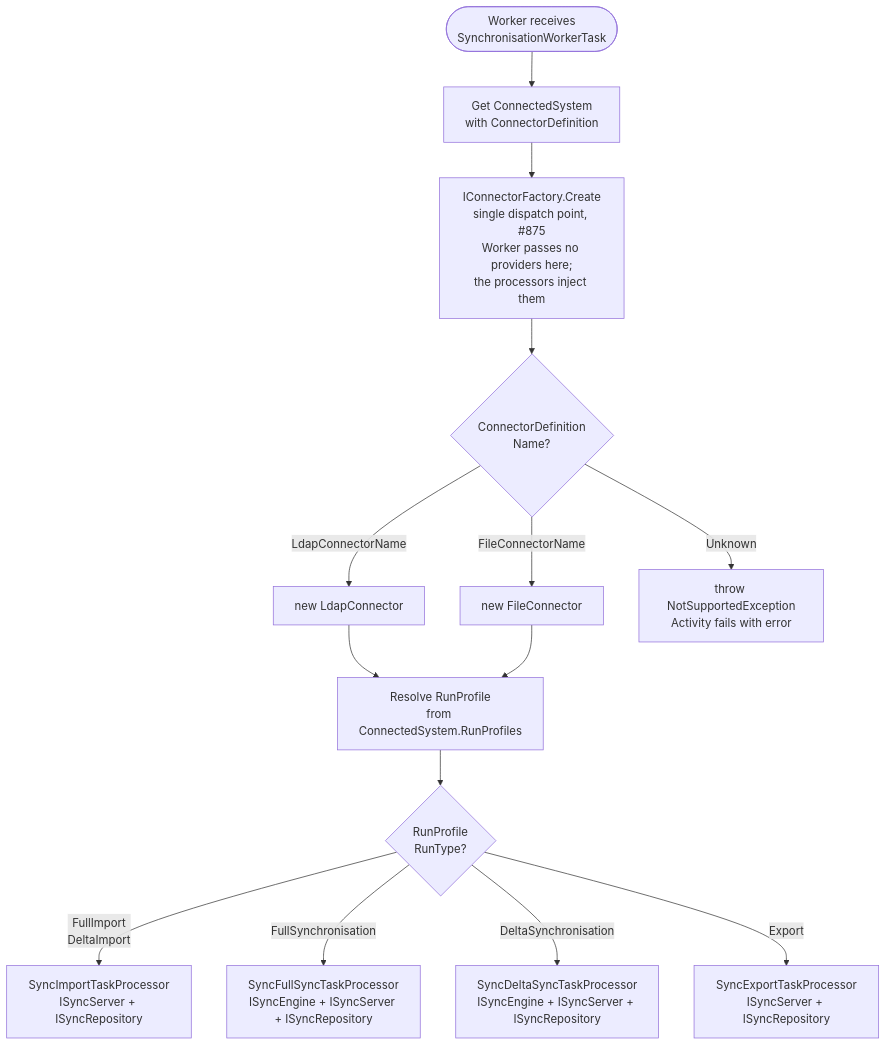
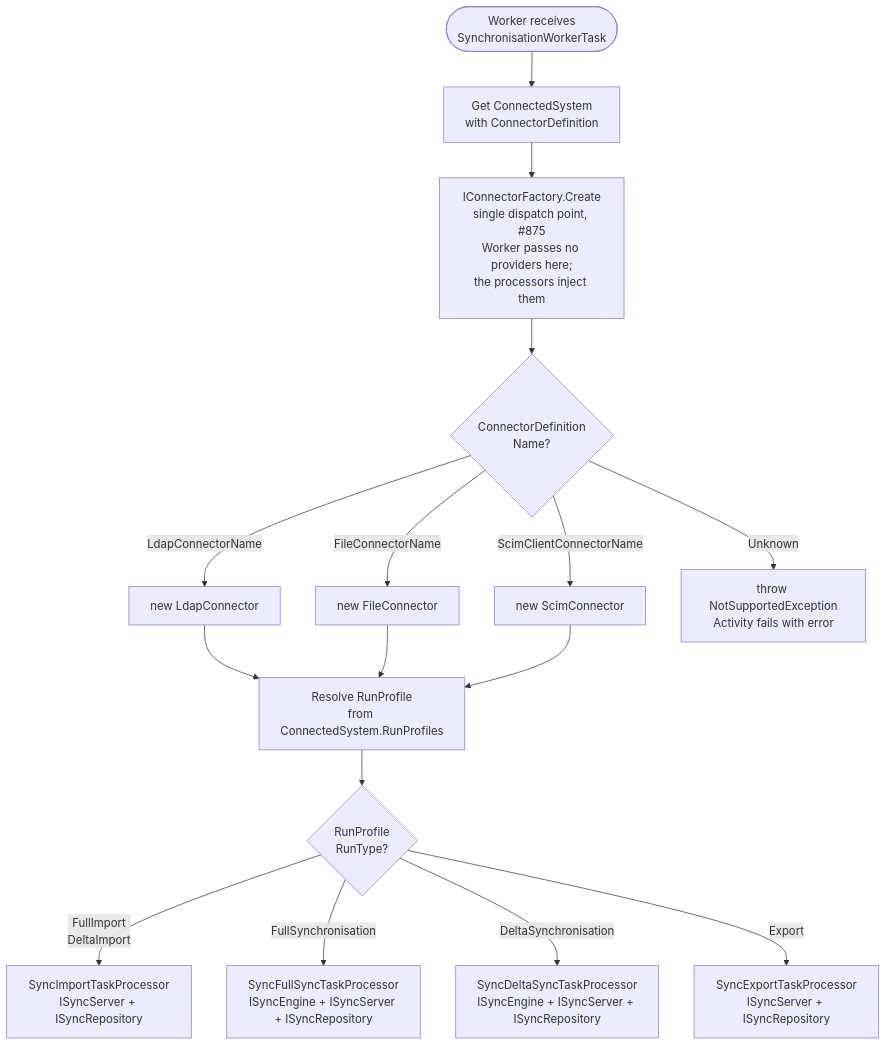
Before and after one commit to TetronIO/JIM: the second of 5 diagrams in docs/developer/diagrams/CONNECTOR_LIFECYCLE.md, drawn with Mermaid. The commit also changed 10 other files, not shown here.

First line of the commit message:
docs: show the SCIM 2.0 Connector as shipped in the architecture diagrams

````diff
--- a/docs/developer/diagrams/CONNECTOR_LIFECYCLE.md
+++ b/docs/developer/diagrams/CONNECTOR_LIFECYCLE.md
@@ -29,19 +29,21 @@
 ```mermaid
 flowchart TD
     TaskStart([Worker receives<br/>SynchronisationWorkerTask]) --> GetCS[Get ConnectedSystem<br/>with ConnectorDefinition]
     GetCS --> Factory[IConnectorFactory.Create<br/>single dispatch point, #875<br/>Worker passes no providers here;<br/>the processors inject them]
     Factory --> MatchName{ConnectorDefinition<br/>Name?}
 
     MatchName -->|LdapConnectorName| CreateLdap[new LdapConnector]
     MatchName -->|FileConnectorName| CreateFile[new FileConnector]
+    MatchName -->|ScimClientConnectorName| CreateScim[new ScimConnector]
     MatchName -->|Unknown| ThrowError[throw NotSupportedException<br/>Activity fails with error]
 
     CreateLdap --> GetRunProfile[Resolve RunProfile<br/>from ConnectedSystem.RunProfiles]
     CreateFile --> GetRunProfile
+    CreateScim --> GetRunProfile
 
     GetRunProfile --> RouteByType{RunProfile<br/>RunType?}
     RouteByType -->|FullImport<br/>DeltaImport| ImportProcessor[SyncImportTaskProcessor<br/>ISyncServer + ISyncRepository]
     RouteByType -->|FullSynchronisation| FullSyncProcessor[SyncFullSyncTaskProcessor<br/>ISyncEngine + ISyncServer + ISyncRepository]
     RouteByType -->|DeltaSynchronisation| DeltaSyncProcessor[SyncDeltaSyncTaskProcessor<br/>ISyncEngine + ISyncServer + ISyncRepository]
     RouteByType -->|Export| ExportProcessor[SyncExportTaskProcessor<br/>ISyncServer + ISyncRepository]
 ```
````
